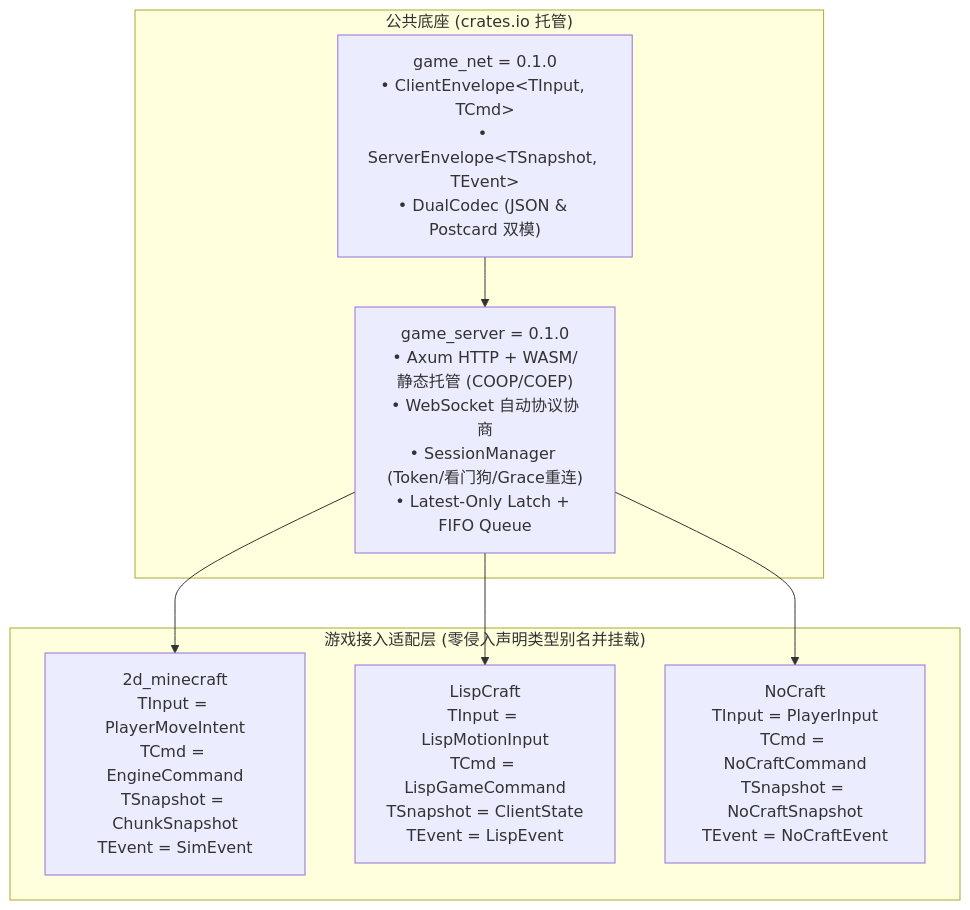
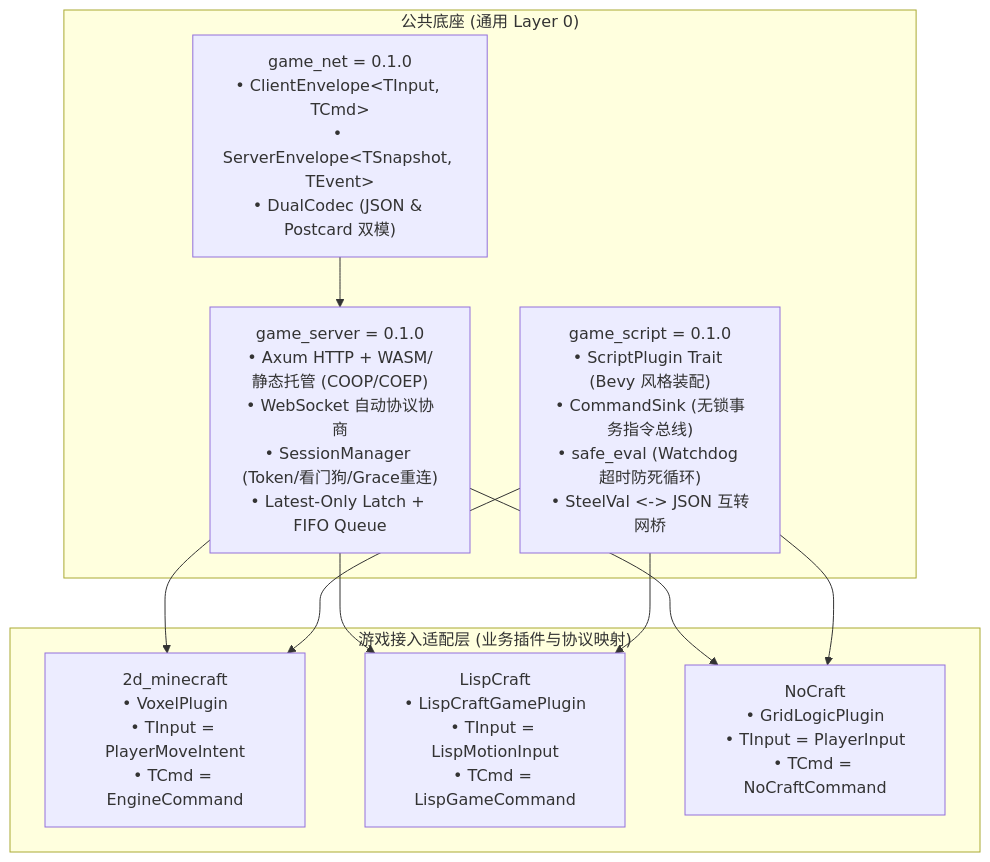
Before and after one commit to ouut/2d_minecraft: the diagram in docs/CROSS_GAME_PORTING.md, drawn with Mermaid. The commit also changed other lines of this file and 13 other files, not shown here.

Commit message:
feat(script): add generic game_script crate with two-tier plugin system, watchdog sandbox and cross-game porting guide

````diff
--- a/docs/CROSS_GAME_PORTING.md
+++ b/docs/CROSS_GAME_PORTING.md
@@ -27,18 +28,22 @@
 ```mermaid
 flowchart TD
-    subgraph CommonEngine["公共底座 (crates.io 托管)"]
+    subgraph CommonEngine["公共底座 (通用 Layer 0)"]
         Net["game_net = 0.1.0<br/>• ClientEnvelope&lt;TInput, TCmd&gt;<br/>• ServerEnvelope&lt;TSnapshot, TEvent&gt;<br/>• DualCodec (JSON &amp; Postcard 双模)"]
         Server["game_server = 0.1.0<br/>• Axum HTTP + WASM/静态托管 (COOP/COEP)<br/>• WebSocket 自动协议协商<br/>• SessionManager (Token/看门狗/Grace重连)<br/>• Latest-Only Latch + FIFO Queue"]
+        Script["game_script = 0.1.0<br/>• ScriptPlugin Trait (Bevy 风格装配)<br/>• CommandSink (无锁事务指令总线)<br/>• safe_eval (Watchdog 超时防死循环)<br/>• SteelVal &lt;-&gt; JSON 互转网桥"]
     end
 
-    subgraph Adapters["游戏接入适配层 (零侵入声明类型别名并挂载)"]
-        MC["2d_minecraft<br/>TInput = PlayerMoveIntent<br/>TCmd = EngineCommand<br/>TSnapshot = ChunkSnapshot<br/>TEvent = SimEvent"]
-        LC["LispCraft<br/>TInput = LispMotionInput<br/>TCmd = LispGameCommand<br/>TSnapshot = ClientState<br/>TEvent = LispEvent"]
-        NC["NoCraft<br/>TInput = PlayerInput<br/>TCmd = NoCraftCommand<br/>TSnapshot = NoCraftSnapshot<br/>TEvent = NoCraftEvent"]
+    subgraph Adapters["游戏接入适配层 (业务插件与协议映射)"]
+        MC["2d_minecraft<br/>• VoxelPlugin<br/>• TInput = PlayerMoveIntent<br/>• TCmd = EngineCommand"]
+        LC["LispCraft<br/>• LispCraftGamePlugin<br/>• TInput = LispMotionInput<br/>• TCmd = LispGameCommand"]
+        NC["NoCraft<br/>• GridLogicPlugin<br/>• TInput = PlayerInput<br/>• TCmd = NoCraftCommand"]
     end
 
     Net --> Server
     Server --> MC
     Server --> LC
     Server --> NC
+    Script --> MC
+    Script --> LC
+    Script --> NC
 ```
````
